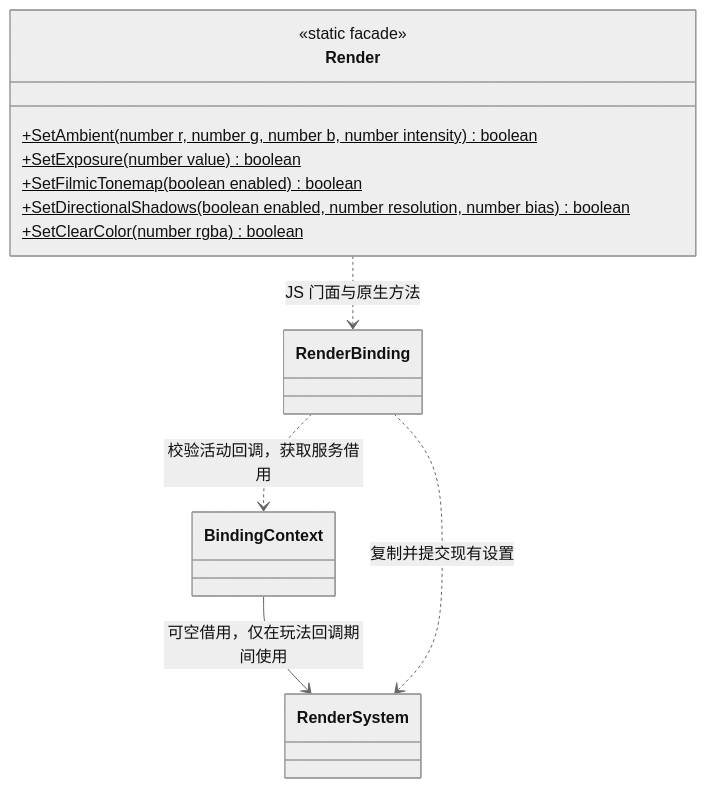
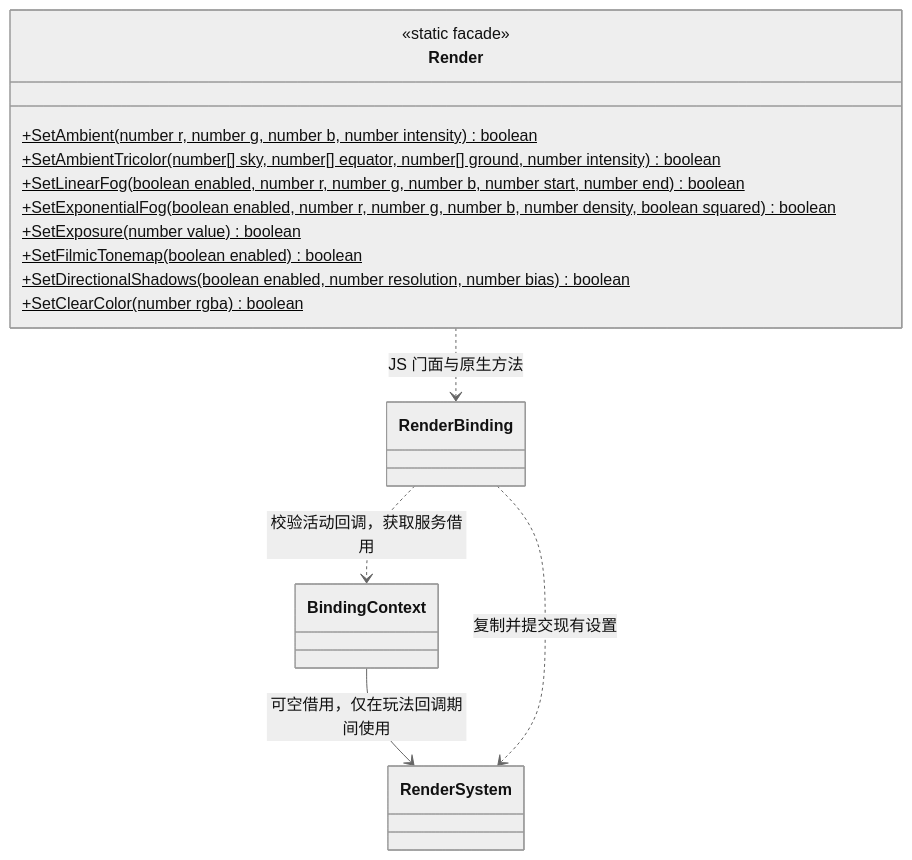
One commit to lcals/Engine changed the first of 2 diagrams in docs/plugins/runtime/class-diagrams/render-script-api.md. Above: the diagram before and after it, drawn with Mermaid (neutral theme). The commit also changed other lines of this file and 93 other files, not shown here.

````diff
--- a/docs/plugins/runtime/class-diagrams/render-script-api.md
+++ b/docs/plugins/runtime/class-diagrams/render-script-api.md
@@ -9,18 +9,21 @@
 ```mermaid
 classDiagram
     class Render {
         <<static facade>>
         +SetAmbient(number r, number g, number b, number intensity) boolean$
+        +SetAmbientTricolor(number[] sky, number[] equator, number[] ground, number intensity) boolean$
+        +SetLinearFog(boolean enabled, number r, number g, number b, number start, number end) boolean$
+        +SetExponentialFog(boolean enabled, number r, number g, number b, number density, boolean squared) boolean$
         +SetExposure(number value) boolean$
         +SetFilmicTonemap(boolean enabled) boolean$
         +SetDirectionalShadows(boolean enabled, number resolution, number bias) boolean$
         +SetClearColor(number rgba) boolean$
     }
     class RenderBinding
     class BindingContext
     class RenderSystem
     Render ..> RenderBinding : JS 门面与原生方法
     RenderBinding ..> BindingContext : 校验活动回调，获取服务借用
     BindingContext --> RenderSystem : 可空借用，仅在玩法回调期间使用
     RenderBinding ..> RenderSystem : 复制并提交现有设置
 ```
````
